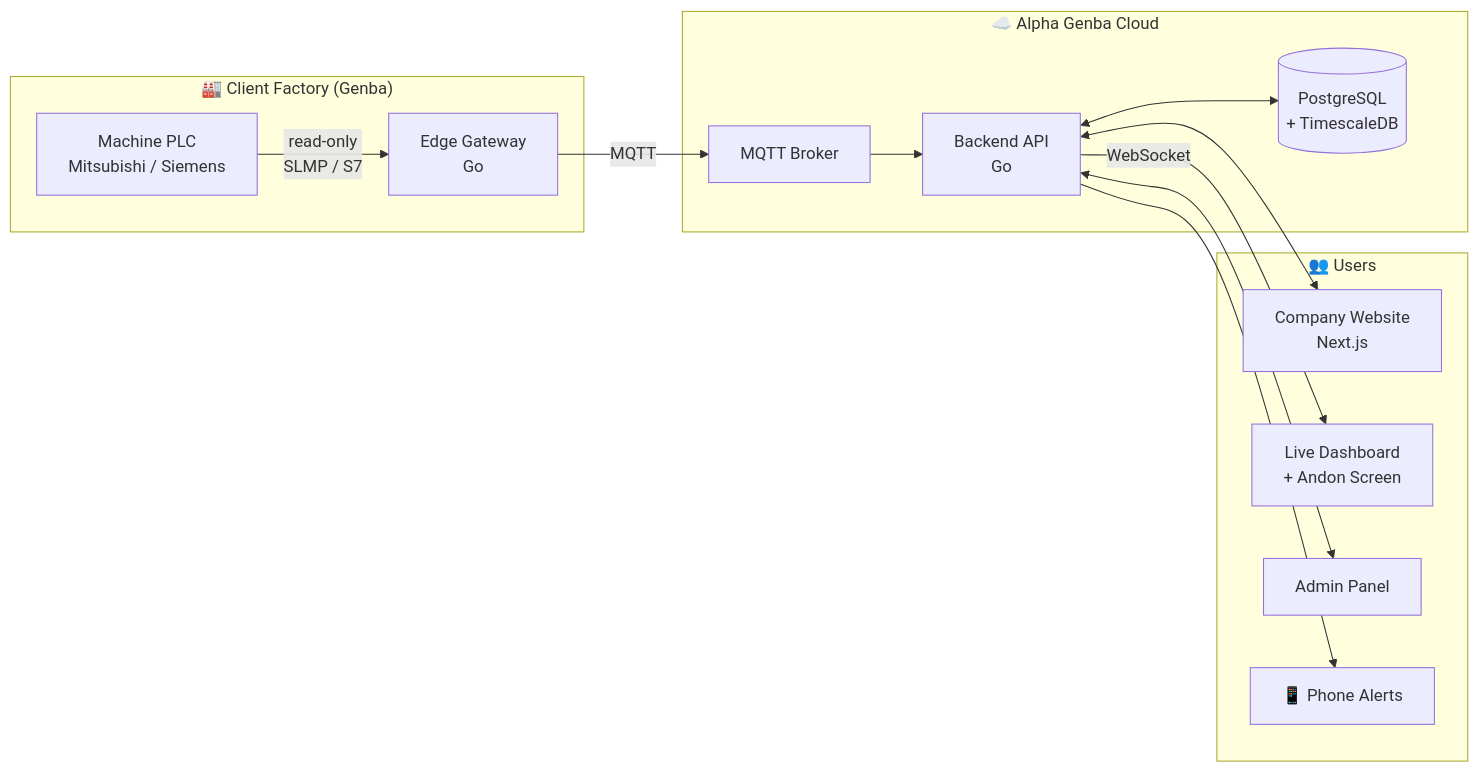
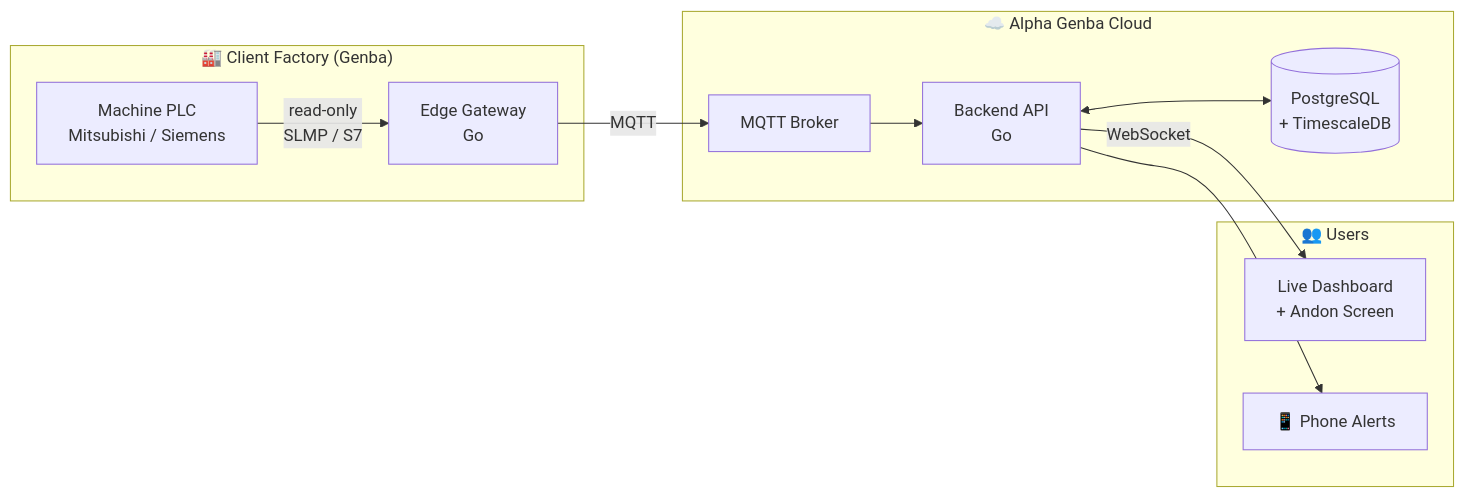
One commit to alpha-genba/alpha-genba changed the second of 5 diagrams in README.md. Above: the diagram before and after it, drawn with Mermaid. The commit also changed other lines of this file, not shown here.

````diff
--- a/README.md
+++ b/README.md
@@ -77,29 +149,25 @@
 ```mermaid
 flowchart LR
     subgraph Factory["🏭 Client Factory (Genba)"]
         PLC["Machine PLC<br/>Mitsubishi / Siemens"]
         GW["Edge Gateway<br/>Go"]
         PLC -- "read-only<br/>SLMP / S7" --> GW
     end
 
     subgraph Cloud["☁️ Alpha Genba Cloud"]
         MQ["MQTT Broker"]
         API["Backend API<br/>Go"]
         DB[("PostgreSQL<br/>+ TimescaleDB")]
         MQ --> API
         API <--> DB
     end
 
-    subgraph Users["👥 Users"]
-        WEB["Company Website<br/>Next.js"]
+    subgraph Screens["👥 Users"]
         DASH["Live Dashboard<br/>+ Andon Screen"]
-        ADMIN["Admin Panel"]
         PHONE["📱 Phone Alerts"]
     end
 
     GW -- "MQTT" --> MQ
-    API <--> WEB
     API -- "WebSocket" --> DASH
-    API <--> ADMIN
     API --> PHONE
 ```
````
